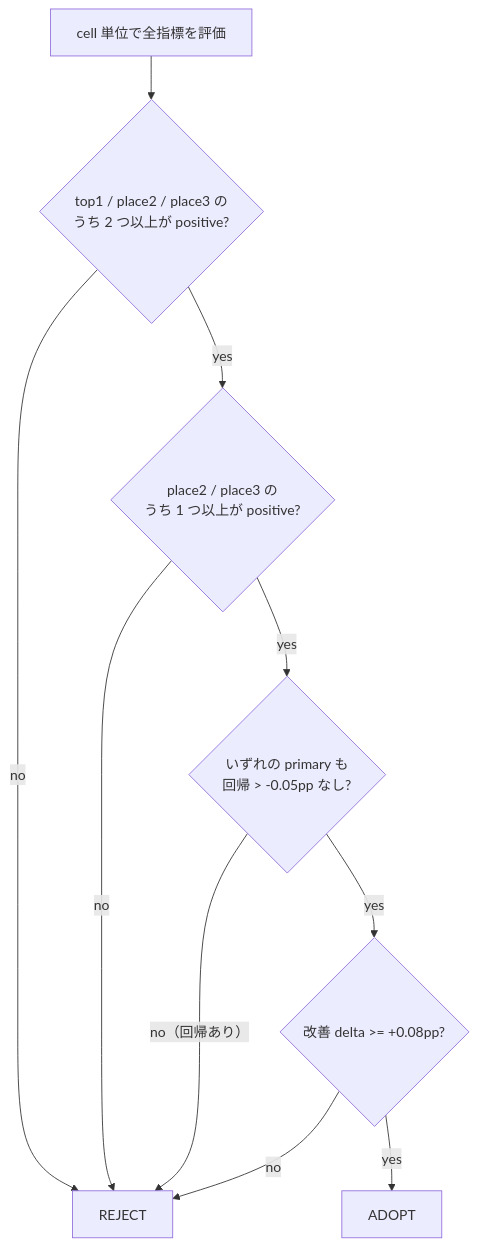
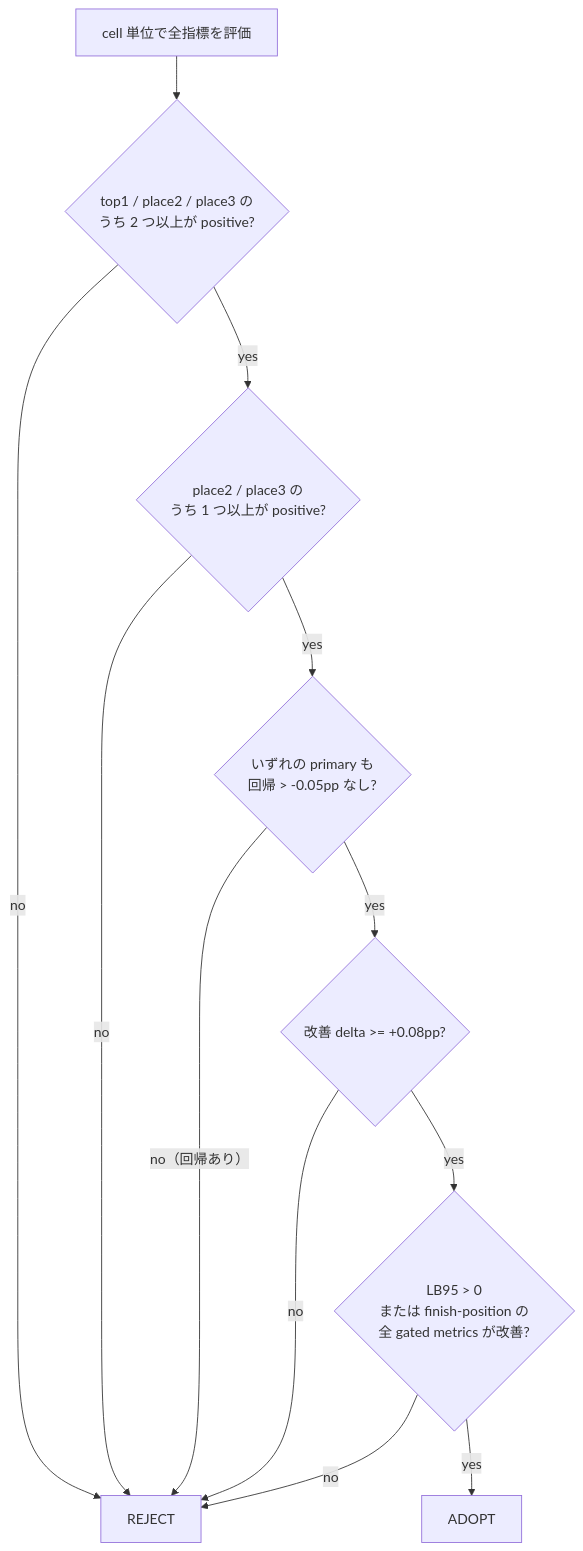
The seventh of 10 diagrams in docs/finish-position-prediction-system.md (kkkaoru/horse-racing-data), drawn with Mermaid before and after one commit. The commit also changed other lines of this file and 6 other files, not shown here.

Commit message:
feat(finish-position): route NAR mile E 54 cell model

````diff
--- a/docs/finish-position-prediction-system.md
+++ b/docs/finish-position-prediction-system.md
@@ -788,20 +801,23 @@
 ```mermaid
 flowchart TB
     EVAL["cell 単位で全指標を評価"]
     G1{"top1 / place2 / place3 の<br/>うち 2 つ以上が positive?"}
     G2{"place2 / place3 の<br/>うち 1 つ以上が positive?"}
     G3{"いずれの primary も<br/>回帰 > -0.05pp なし?"}
     DELTA{"改善 delta >= +0.08pp?"}
+    LB{"LB95 > 0<br/>または finish-position の<br/>全 gated metrics が改善?"}
     ADOPT["ADOPT"]
     REJECT["REJECT"]
 
     EVAL --> G1
     G1 -->|"no"| REJECT
     G1 -->|"yes"| G2
     G2 -->|"no"| REJECT
     G2 -->|"yes"| G3
     G3 -->|"no（回帰あり）"| REJECT
     G3 -->|"yes"| DELTA
     DELTA -->|"no"| REJECT
-    DELTA -->|"yes"| ADOPT
+    DELTA -->|"yes"| LB
+    LB -->|"no"| REJECT
+    LB -->|"yes"| ADOPT
 ```
````
